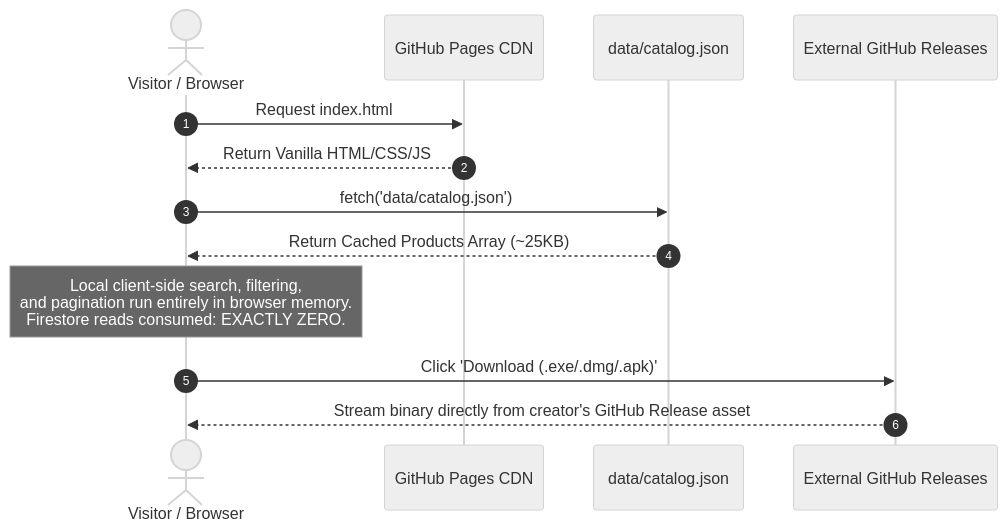
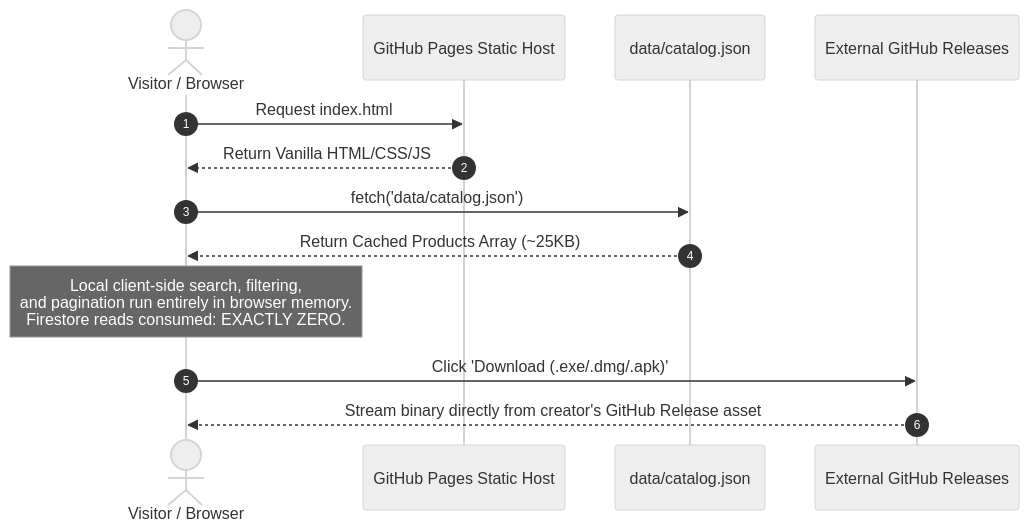
The second of 4 diagrams in docs/SDD.md (Rohitpvt/GitStore), drawn with Mermaid (neutral theme) before and after one commit. The commit also changed other lines of this file and 13 other files, not shown here.

First line of the commit message:
docs(phase-0.1.1): resolve critical architectural corrections

````diff
--- a/docs/SDD.md
+++ b/docs/SDD.md
@@ -101,16 +102,16 @@
 ```mermaid
 sequenceDiagram
     autonumber
     actor Visitor as Visitor / Browser
-    participant CDN as GitHub Pages CDN
+    participant CDN as GitHub Pages Static Host
     participant StaticData as data/catalog.json
     participant GHRel as External GitHub Releases
 
     Visitor->>CDN: Request index.html
     CDN-->>Visitor: Return Vanilla HTML/CSS/JS
     Visitor->>StaticData: fetch('data/catalog.json')
     StaticData-->>Visitor: Return Cached Products Array (~25KB)
     Note over Visitor: Local client-side search, filtering,<br/>and pagination run entirely in browser memory.<br/>Firestore reads consumed: EXACTLY ZERO.
     Visitor->>GHRel: Click 'Download (.exe/.dmg/.apk)'
     GHRel-->>Visitor: Stream binary directly from creator's GitHub Release asset
 ```
````
